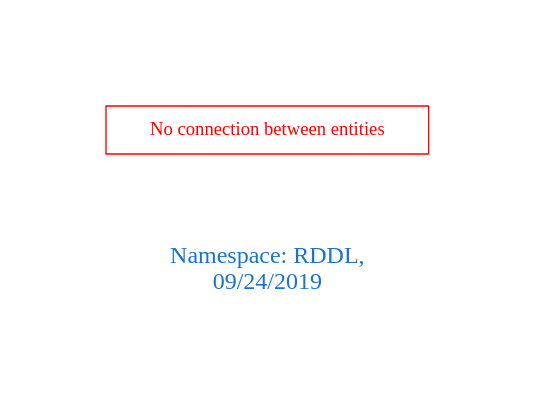
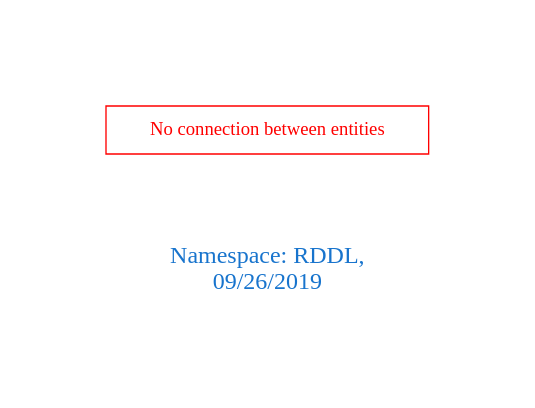
Before and after one commit to arago/OGIT: the diagram in downloads/RDDL.dot, drawn with Graphviz. The commit also changed 148 other files, not shown here.

```diff
--- a/downloads/RDDL.dot
+++ b/downloads/RDDL.dot
@@ -1,9 +1,9 @@
 digraph OGIT_ontology {
  graph [ rankdir= LR,pad=1 
 fontsize = 18,
-fontcolor= dodgerblue3,label = "\n\n\nNamespace: RDDL, \n 09/24/2019"];
+fontcolor= dodgerblue3,label = "\n\n\nNamespace: RDDL, \n 09/26/2019"];
 node[shape=polygon];
 edge [  color="gray81"];
 
 "No connection between entities" [fontcolor = "red",color="red", shape="polygon"]
 }
```
